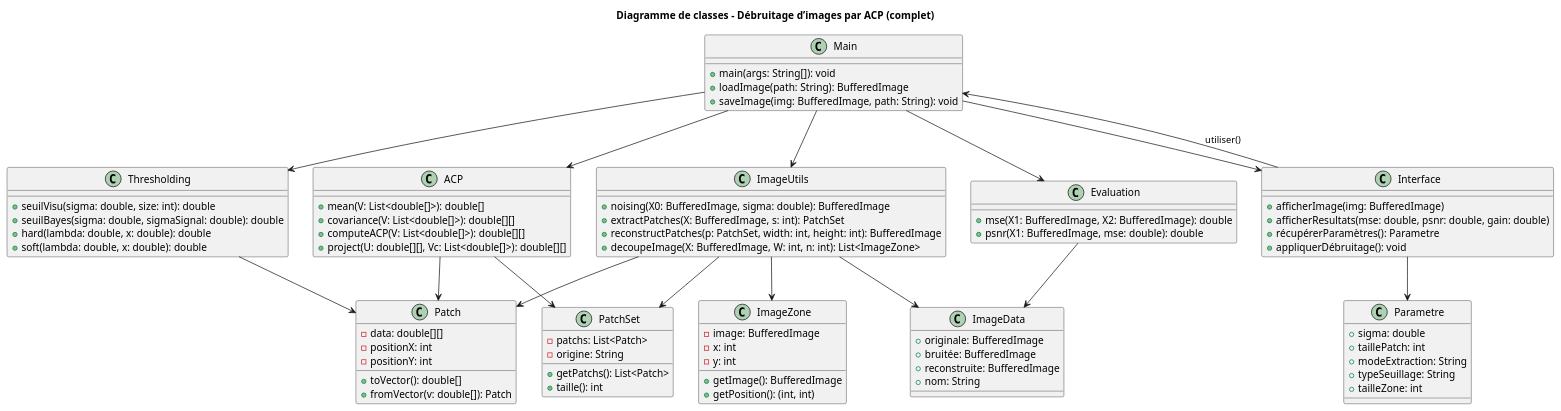
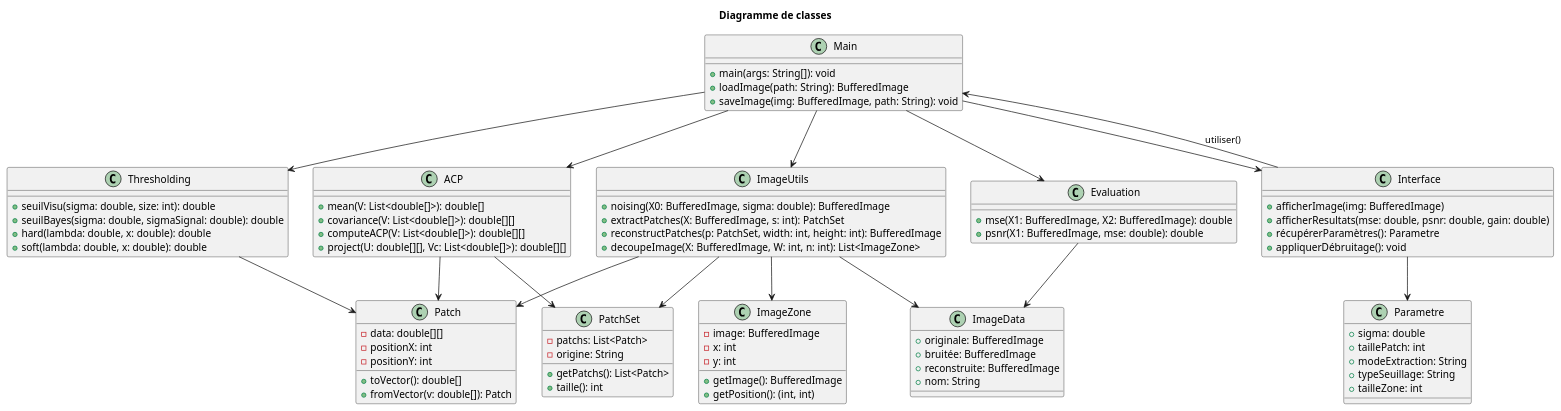
The diagram in analyse/diagrammePUML/diagClass.puml (Thomasgin/Projet-Java), drawn with PlantUML before and after one commit. The commit also changed 1 other file, not shown here.

Commit message:
Modification des diagrammes de classe

```diff
--- a/analyse/diagrammePUML/diagClass.puml
+++ b/analyse/diagrammePUML/diagClass.puml
@@ -1,103 +1,103 @@
 @startuml
-title Diagramme de classes – Débruitage d’images par ACP (complet)
+title Diagramme de classes
 
 class Main {
   + main(args: String[]): void
   + loadImage(path: String): BufferedImage
   + saveImage(img: BufferedImage, path: String): void
 }
 
 class ImageUtils {
   + noising(X0: BufferedImage, sigma: double): BufferedImage
   + extractPatches(X: BufferedImage, s: int): PatchSet
   + reconstructPatches(p: PatchSet, width: int, height: int): BufferedImage
   + decoupeImage(X: BufferedImage, W: int, n: int): List<ImageZone>
 }
 
 class Patch {
   - data: double[][]
   - positionX: int
   - positionY: int
   + toVector(): double[]
   + fromVector(v: double[]): Patch
 }
 
 class PatchSet {
   - patchs: List<Patch>
   - origine: String
   + getPatchs(): List<Patch>
   + taille(): int
 }
 
 class ACP {
   + mean(V: List<double[]>): double[]
   + covariance(V: List<double[]>): double[][]
   + computeACP(V: List<double[]>): double[][]
   + project(U: double[][], Vc: List<double[]>): double[][]
 }
 
 class Thresholding {
   + seuilVisu(sigma: double, size: int): double
   + seuilBayes(sigma: double, sigmaSignal: double): double
   + hard(lambda: double, x: double): double
   + soft(lambda: double, x: double): double
 }
 
 class Evaluation {
   + mse(X1: BufferedImage, X2: BufferedImage): double
   + psnr(X1: BufferedImage, mse: double): double
 }
 
 class ImageZone {
   - image: BufferedImage
   - x: int
   - y: int
   + getImage(): BufferedImage
   + getPosition(): (int, int)
 }
 
 class Interface {
   + afficherImage(img: BufferedImage)
   + afficherResultats(mse: double, psnr: double, gain: double)
   + récupérerParamètres(): Parametre
   + appliquerDébruitage(): void
 }
 
 class Parametre {
   + sigma: double
   + taillePatch: int
   + modeExtraction: String
   + typeSeuillage: String
   + tailleZone: int
 }
 
 class ImageData {
   + originale: BufferedImage
   + bruitée: BufferedImage
   + reconstruite: BufferedImage
   + nom: String
 }
 
 ' Relations
 Main --> Interface
 Main --> ImageUtils
 Main --> ACP
 Main --> Thresholding
 Main --> Evaluation
 
 Interface --> Parametre
 Interface --> Main : utiliser()
 
 ImageUtils --> Patch
 ImageUtils --> PatchSet
 ImageUtils --> ImageZone
 ImageUtils --> ImageData
 
 ACP --> Patch
 ACP --> PatchSet
 
 Thresholding --> Patch
 
 Evaluation --> ImageData
 
 @enduml
```
